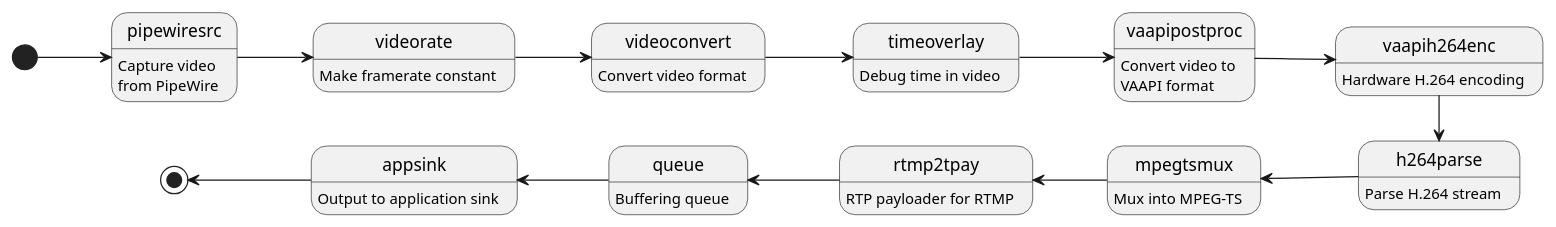
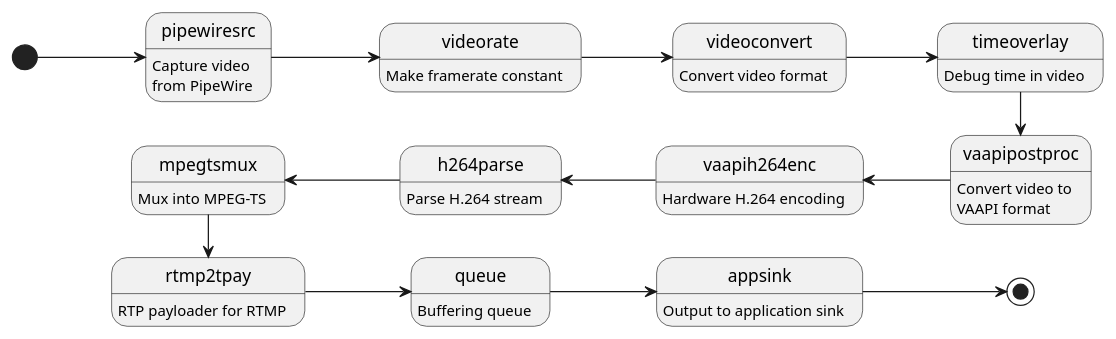
One commit to Luxuride/distributed-video-streaming-platform-thesis changed the diagram in recorder-pipeline.puml. Above: the diagram before and after it, drawn with PlantUML. The commit also changed 3 other files, not shown here.

```diff
--- a/recorder-pipeline.puml
+++ b/recorder-pipeline.puml
@@ -1,26 +1,26 @@
 @startuml
 left to right direction
 [*] --> pipewiresrc
 pipewiresrc: Capture video\nfrom PipeWire
 pipewiresrc --> videorate
 videorate: Make framerate constant
 videorate --> videoconvert
 videoconvert: Convert video format
 videoconvert --> timeoverlay
 timeoverlay: Debug time in video
-timeoverlay --> vaapipostproc
+timeoverlay -right-> vaapipostproc
 vaapipostproc: Convert video to\nVAAPI format
-vaapipostproc --> vaapih264enc
+vaapipostproc -up-> vaapih264enc
 vaapih264enc: Hardware H.264 encoding
-vaapih264enc -right-> h264parse
+vaapih264enc -up-> h264parse
 h264parse: Parse H.264 stream
 h264parse -up-> mpegtsmux
 mpegtsmux: Mux into MPEG-TS
-mpegtsmux -up-> rtmp2tpay
+mpegtsmux -right-> rtmp2tpay
 rtmp2tpay: RTP payloader for RTMP
-rtmp2tpay -up-> queue
+rtmp2tpay --> queue
 queue: Buffering queue
-queue -up-> appsink
+queue --> appsink
 appsink: Output to application sink
-appsink -up-> [*]
+appsink --> [*]
 @enduml
```
